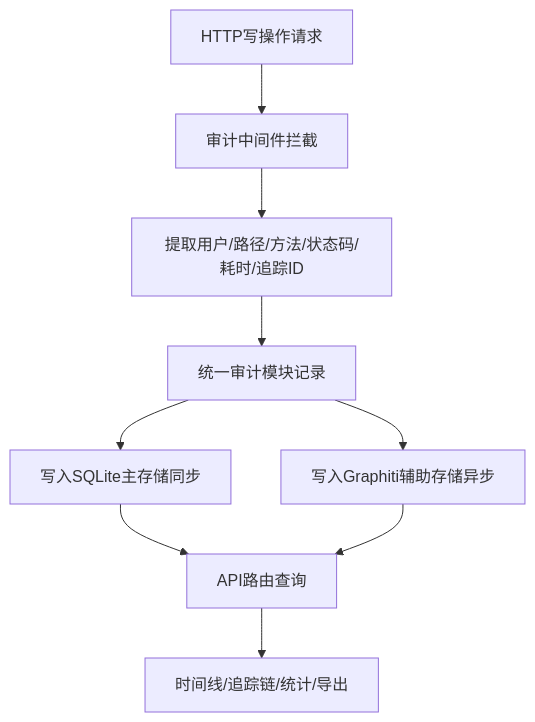
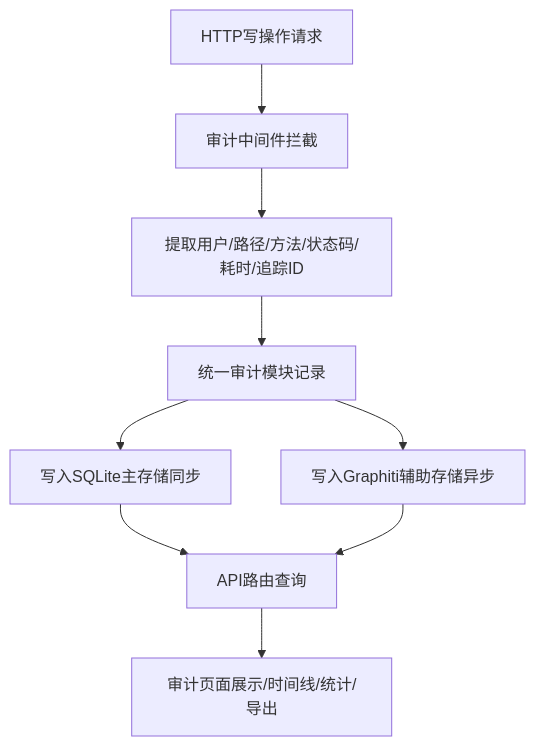
One commit to inier/ontology-graphiti changed the tenth of 10 diagrams in .qoder/repowiki/zh/content/项目概述/核心特性/策略治理系统/审计日志系统.md. Above: the diagram before and after it, drawn with Mermaid. The commit also changed other lines of this file and 10 other files, not shown here.

First line of the commit message:
refactor: 智能问答内联渲染 — 移除独立Tab，图表/时序/报告内嵌于会话消息

````diff
--- a/.qoder/repowiki/zh/content/项目概述/核心特性/策略治理系统/审计日志系统.md
+++ b/.qoder/repowiki/zh/content/项目概述/核心特性/策略治理系统/审计日志系统.md
@@ -412,11 +527,11 @@
 ```mermaid
 flowchart TD
 A["HTTP写操作请求"] --> B["审计中间件拦截"]
 B --> C["提取用户/路径/方法/状态码/耗时/追踪ID"]
 C --> D["统一审计模块记录"]
 D --> E["写入SQLite主存储同步"]
 D --> F["写入Graphiti辅助存储异步"]
 E --> G["API路由查询"]
 F --> G
-G --> H["时间线/追踪链/统计/导出"]
+G --> H["审计页面展示/时间线/统计/导出"]
 ```
````
